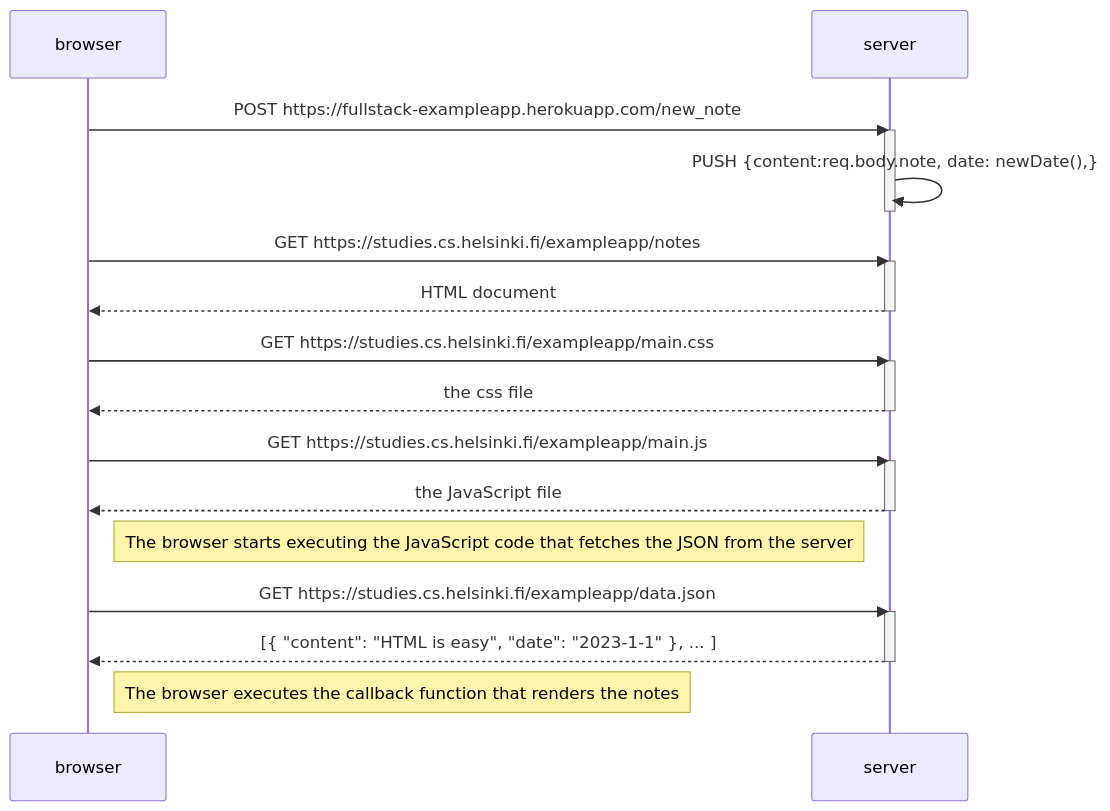
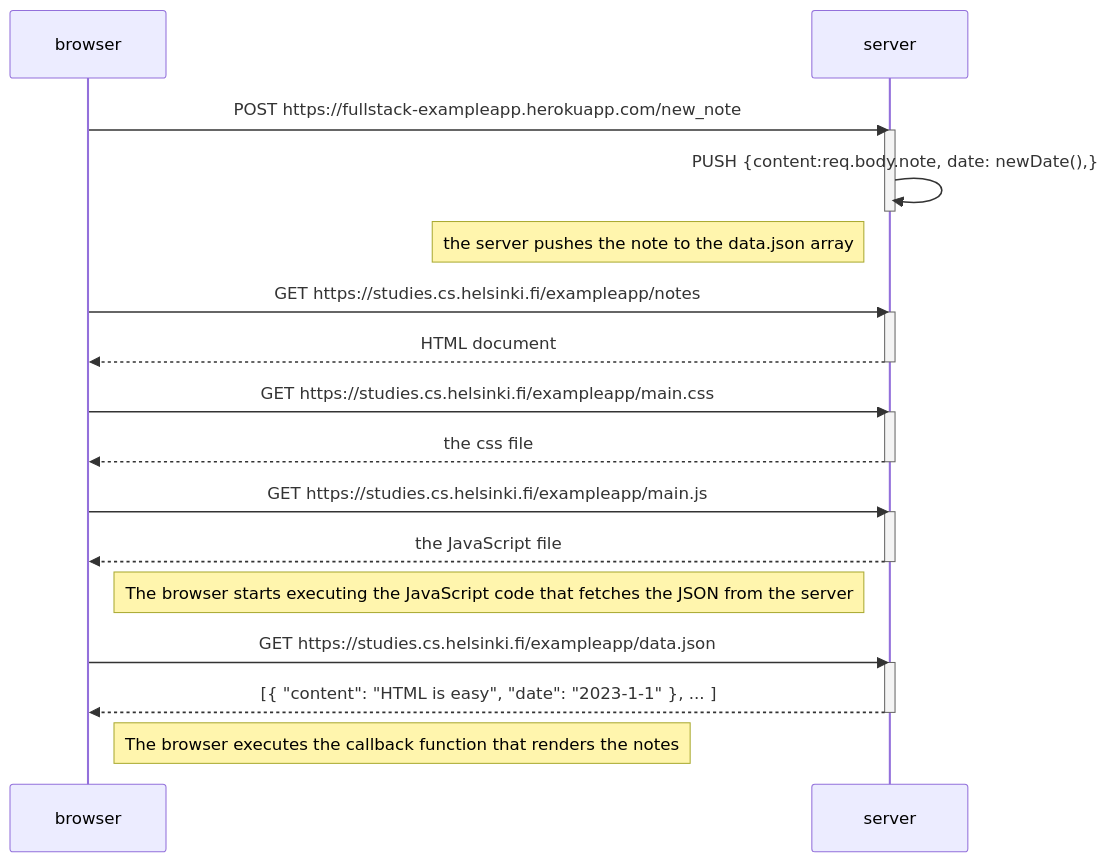
The diagram in README.md (aaronw122/mermaid2), drawn with Mermaid before and after one commit.

````diff
--- a/README.md
+++ b/README.md
@@ -3,36 +3,38 @@
 ```mermaid
 
 sequenceDiagram
     participant browser
     participant server
 
     browser->>server: POST https://fullstack-exampleapp.herokuapp.com/new_note
     activate server
     server->>server: PUSH {content:req.body.note, date: newDate(),}
     deactivate server
+
+    note left of server: the server pushes the note to the data.json array
 
     browser->>server: GET https://studies.cs.helsinki.fi/exampleapp/notes
     activate server
     server-->>browser: HTML document
     deactivate server
 
     browser->>server: GET https://studies.cs.helsinki.fi/exampleapp/main.css
     activate server
     server-->>browser: the css file
     deactivate server
 
     browser->>server: GET https://studies.cs.helsinki.fi/exampleapp/main.js
     activate server
     server-->>browser: the JavaScript file
     deactivate server
 
     Note right of browser: The browser starts executing the JavaScript code that fetches the JSON from the server
 
     browser->>server: GET https://studies.cs.helsinki.fi/exampleapp/data.json
     activate server
     server-->>browser: [{ "content": "HTML is easy", "date": "2023-1-1" }, ... ]
     deactivate server
 
     Note right of browser: The browser executes the callback function that renders the notes
 
 ```
````
